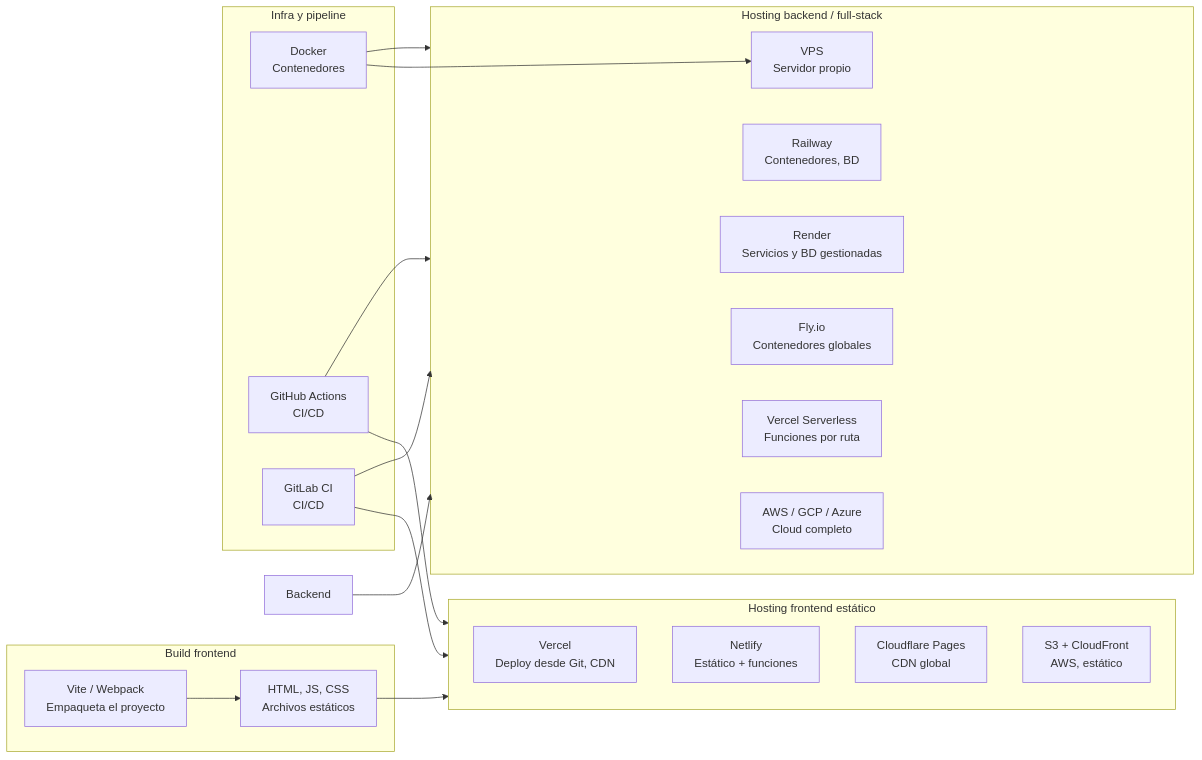
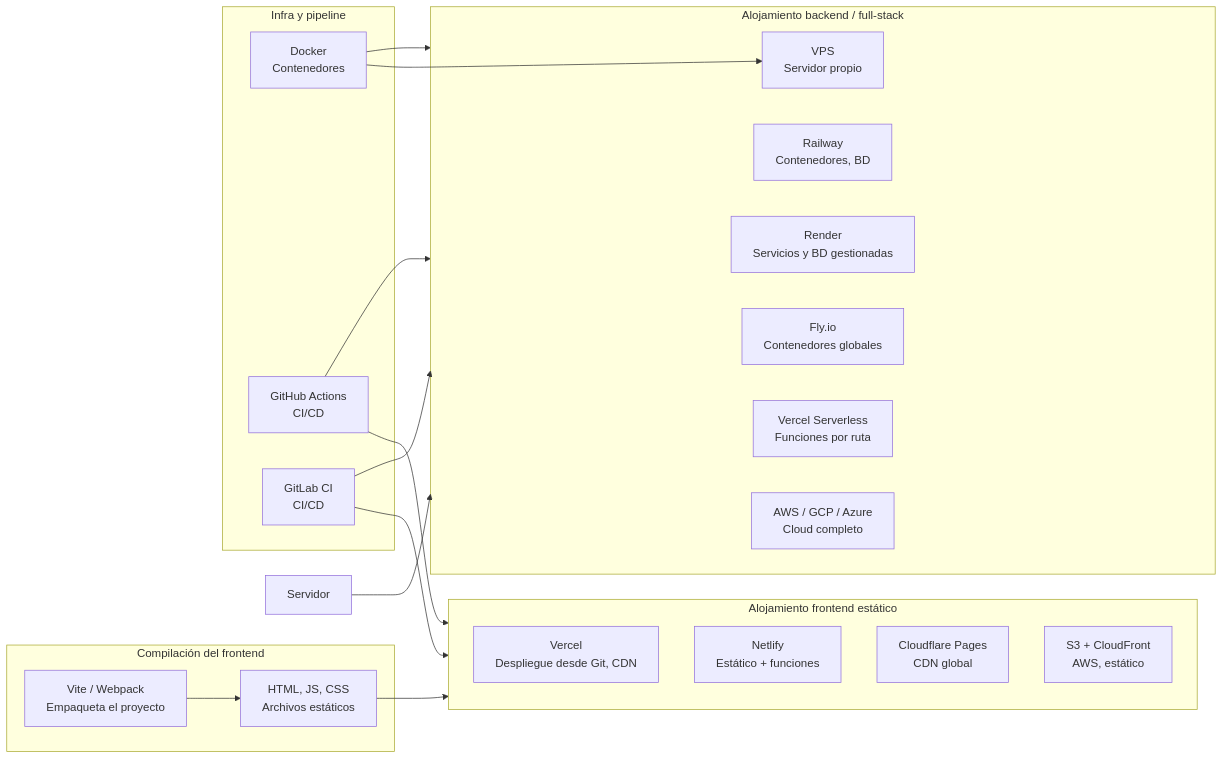
One commit to alexmenz28/Notas-Docusaurus changed the fifth of 6 diagrams in docs/desarrollo-web/crear-aplicacion-web-diagramas.md. Above: the diagram before and after it, drawn with Mermaid. The commit also changed other lines of this file and 62 other files, not shown here.

First line of the commit message:
feat: preparar deploy en Vercel con PWA, privacidad y limpieza del template

````diff
--- a/docs/desarrollo-web/crear-aplicacion-web-diagramas.md
+++ b/docs/desarrollo-web/crear-aplicacion-web-diagramas.md
@@ -343,39 +343,39 @@
 ```mermaid
 flowchart LR
-  subgraph FRONTEND_BUILD[" Build frontend "]
+  subgraph FRONTEND_BUILD[" Compilación del frontend "]
     ViteB["Vite / Webpack<br/>Empaqueta el proyecto"]
     Static["HTML, JS, CSS<br/>Archivos estáticos"]
   end
 
-  subgraph HOSTING_FRONT[" Hosting frontend estático "]
-    VercelF["Vercel<br/>Deploy desde Git, CDN"]
+  subgraph HOSTING_FRONT[" Alojamiento frontend estático "]
+    VercelF["Vercel<br/>Despliegue desde Git, CDN"]
     NetlifyF["Netlify<br/>Estático + funciones"]
     Cloudflare["Cloudflare Pages<br/>CDN global"]
     S3["S3 + CloudFront<br/>AWS, estático"]
   end
 
-  subgraph HOSTING_BACK[" Hosting backend / full-stack "]
+  subgraph HOSTING_BACK[" Alojamiento backend / full-stack "]
     VercelB["Vercel Serverless<br/>Funciones por ruta"]
     Railway["Railway<br/>Contenedores, BD"]
     Render["Render<br/>Servicios y BD gestionadas"]
     Fly["Fly.io<br/>Contenedores globales"]
     VPS["VPS<br/>Servidor propio"]
     AWS["AWS / GCP / Azure<br/>Cloud completo"]
   end
 
   subgraph INFRA[" Infra y pipeline "]
     Docker["Docker<br/>Contenedores"]
     GitHubA["GitHub Actions<br/>CI/CD"]
     GitLabCI["GitLab CI<br/>CI/CD"]
   end
 
   ViteB --> Static
   Static --> HOSTING_FRONT
-  BACKEND["Backend"] --> HOSTING_BACK
+  BACKEND_NODE["Servidor"] --> HOSTING_BACK
   Docker --> HOSTING_BACK
   Docker --> VPS
   GitHubA --> HOSTING_FRONT
   GitHubA --> HOSTING_BACK
   GitLabCI --> HOSTING_FRONT
   GitLabCI --> HOSTING_BACK
 ```
````
